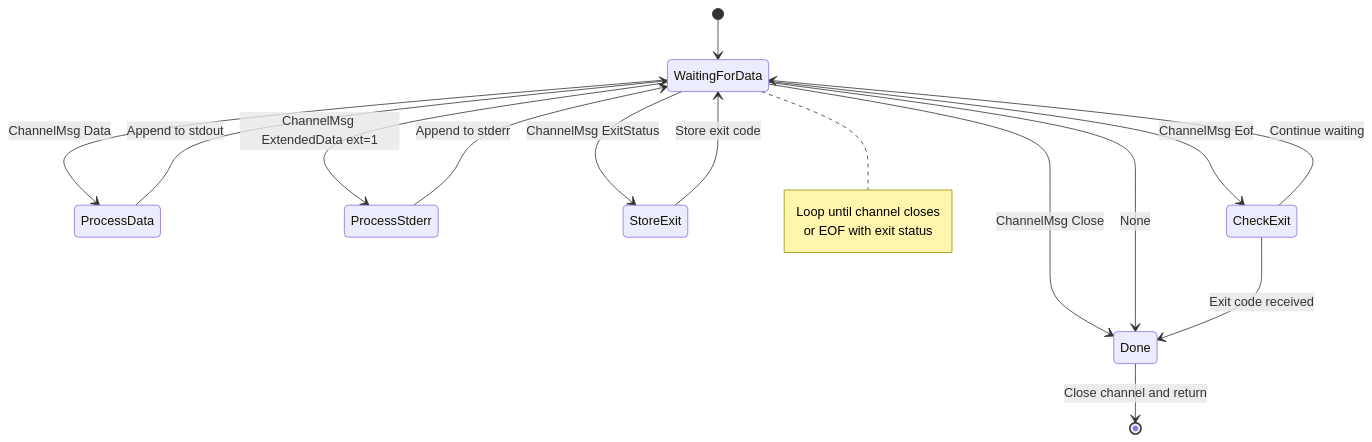
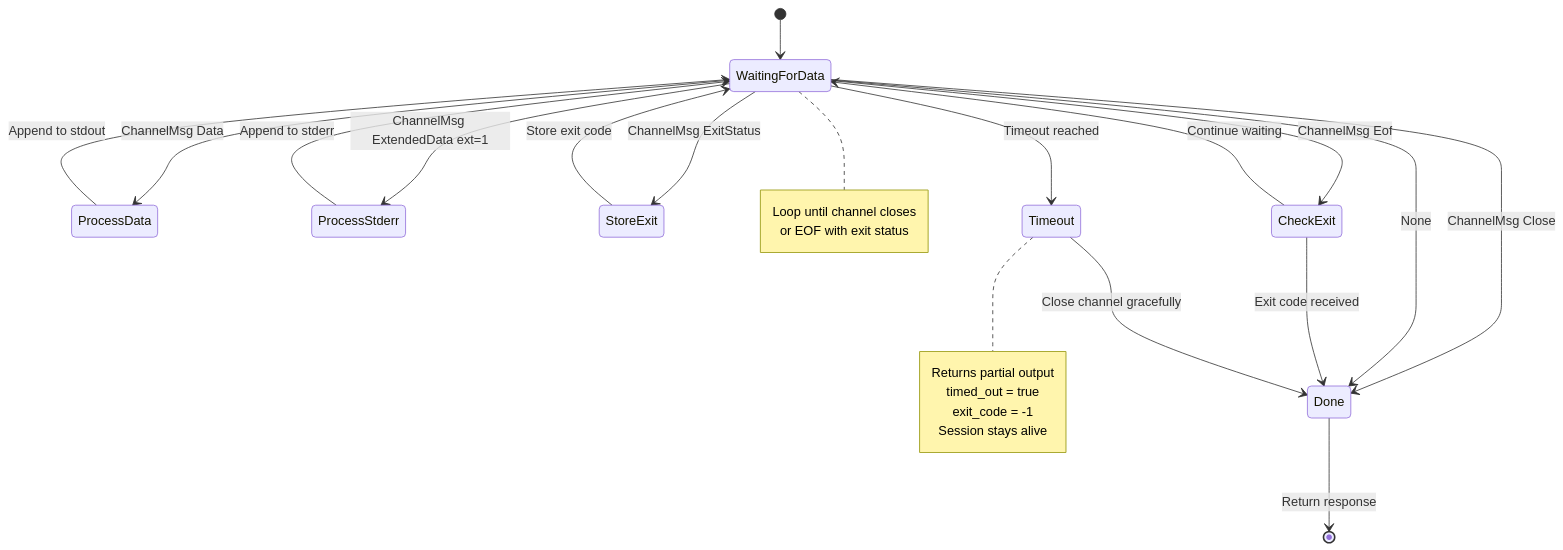
Before and after one commit to farchanjo/ssh-mcp: the ninth of 16 diagrams in docs/FLOWS.md, drawn with Mermaid. The commit also changed other lines of this file, not shown here.

First line of the commit message:
docs(flows): update command timeout handling documentation

````diff
--- a/docs/FLOWS.md
+++ b/docs/FLOWS.md
@@ -431,25 +436,35 @@
 ```mermaid
 stateDiagram-v2
     [*] --> WaitingForData
 
     WaitingForData --> ProcessData: ChannelMsg Data
     WaitingForData --> ProcessStderr: ChannelMsg ExtendedData ext=1
     WaitingForData --> StoreExit: ChannelMsg ExitStatus
     WaitingForData --> CheckExit: ChannelMsg Eof
     WaitingForData --> Done: ChannelMsg Close
     WaitingForData --> Done: None
+    WaitingForData --> Timeout: Timeout reached
 
     ProcessData --> WaitingForData: Append to stdout
     ProcessStderr --> WaitingForData: Append to stderr
     StoreExit --> WaitingForData: Store exit code
 
     CheckExit --> Done: Exit code received
     CheckExit --> WaitingForData: Continue waiting
 
-    Done --> [*]: Close channel and return
+    Timeout --> Done: Close channel gracefully
+
+    Done --> [*]: Return response
 
     note right of WaitingForData
         Loop until channel closes
         or EOF with exit status
     end note
+
+    note right of Timeout
+        Returns partial output
+        timed_out = true
+        exit_code = -1
+        Session stays alive
+    end note
 ```
````
